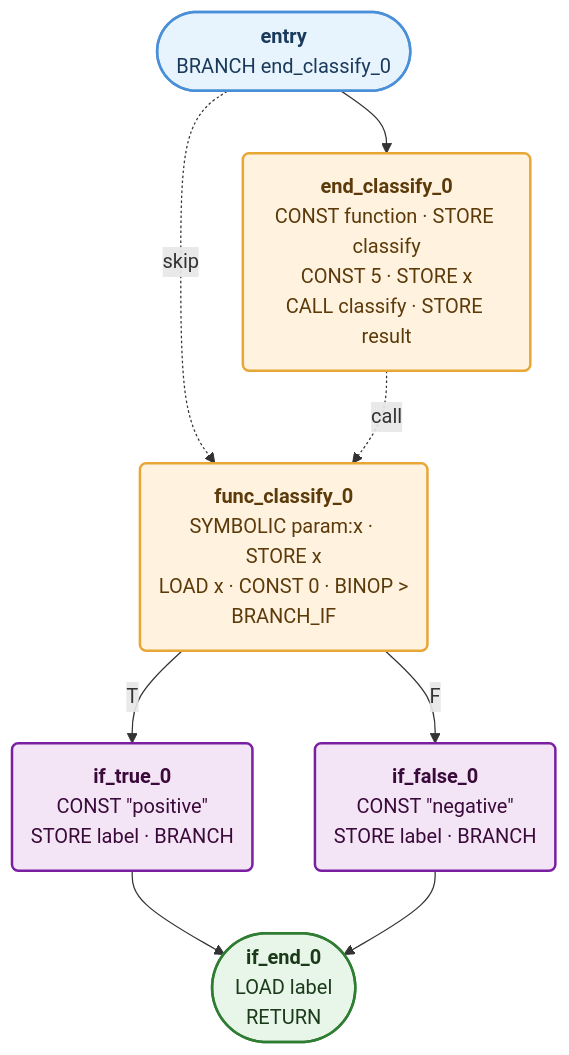
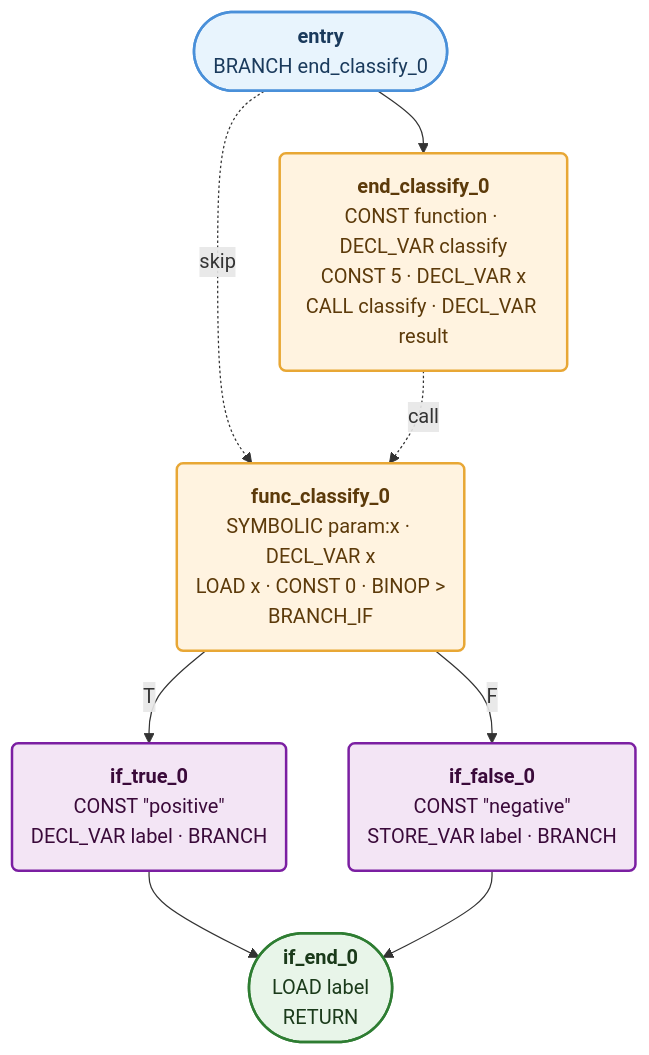
The second of 9 diagrams in _posts/2026-03-01-designing-reddragon-multi-language-code-analysis.md (asengupta/avishek.net), drawn with Mermaid before and after one commit. The commit also changed other lines of this file, not shown here.

First line of the commit message:
Update RedDragon post: fix stale opcode counts, DECL_VAR consistency, add pattern matching section

````diff
--- a/_posts/2026-03-01-designing-reddragon-multi-language-code-analysis.md
+++ b/_posts/2026-03-01-designing-reddragon-multi-language-code-analysis.md
@@ -161,22 +161,22 @@
 ```mermaid
 flowchart TD
     entry(["<b>entry</b><br/>BRANCH end_classify_0"]):::entry
-    func("<b>func_classify_0</b><br/>SYMBOLIC param:x · STORE x<br/>LOAD x · CONST 0 · BINOP ><br/>BRANCH_IF"):::block
-    if_true("<b>if_true_0</b><br/>CONST &quot;positive&quot;<br/>STORE label · BRANCH"):::branch
-    if_false("<b>if_false_0</b><br/>CONST &quot;negative&quot;<br/>STORE label · BRANCH"):::branch
+    func("<b>func_classify_0</b><br/>SYMBOLIC param:x · DECL_VAR x<br/>LOAD x · CONST 0 · BINOP ><br/>BRANCH_IF"):::block
+    if_true("<b>if_true_0</b><br/>CONST &quot;positive&quot;<br/>DECL_VAR label · BRANCH"):::branch
+    if_false("<b>if_false_0</b><br/>CONST &quot;negative&quot;<br/>STORE_VAR label · BRANCH"):::branch
     if_end(["<b>if_end_0</b><br/>LOAD label<br/>RETURN"]):::exit
-    end_classify("<b>end_classify_0</b><br/>CONST function · STORE classify<br/>CONST 5 · STORE x<br/>CALL classify · STORE result"):::block
+    end_classify("<b>end_classify_0</b><br/>CONST function · DECL_VAR classify<br/>CONST 5 · DECL_VAR x<br/>CALL classify · DECL_VAR result"):::block
 
     entry --> end_classify
     entry -.->|"skip"| func
     func -- "T" --> if_true
     func -- "F" --> if_false
     if_true --> if_end
     if_false --> if_end
     end_classify -.->|"call"| func
 
     classDef entry fill:#e8f4fd,stroke:#4a90d9,stroke-width:2px,color:#1a3a5c
     classDef block fill:#fff3e0,stroke:#e8a735,stroke-width:2px,color:#5c3a0a
     classDef branch fill:#f3e5f5,stroke:#7b1fa2,stroke-width:2px,color:#3a0a3a
     classDef exit fill:#e8f5e9,stroke:#2e7d32,stroke-width:2px,color:#1a3a1a
 ```
````
